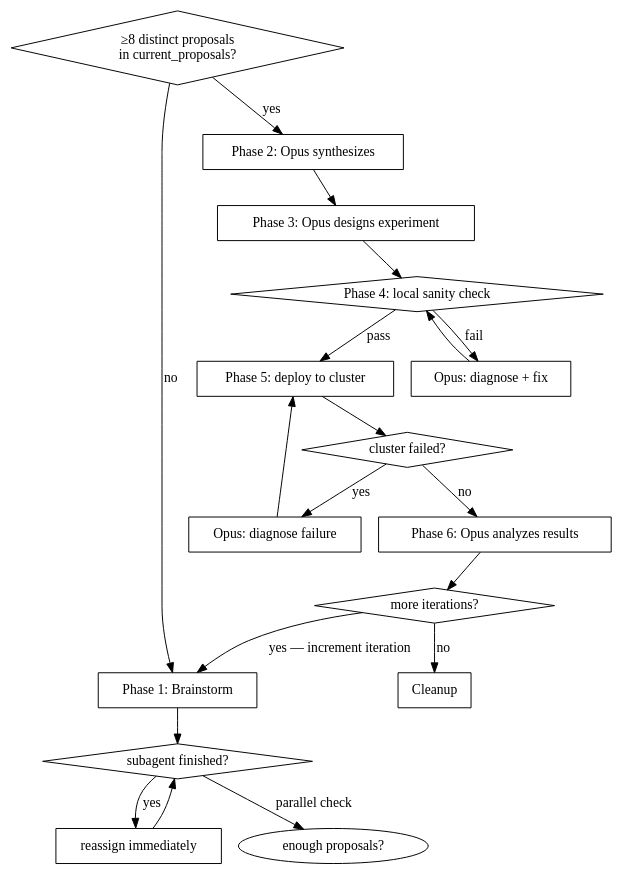
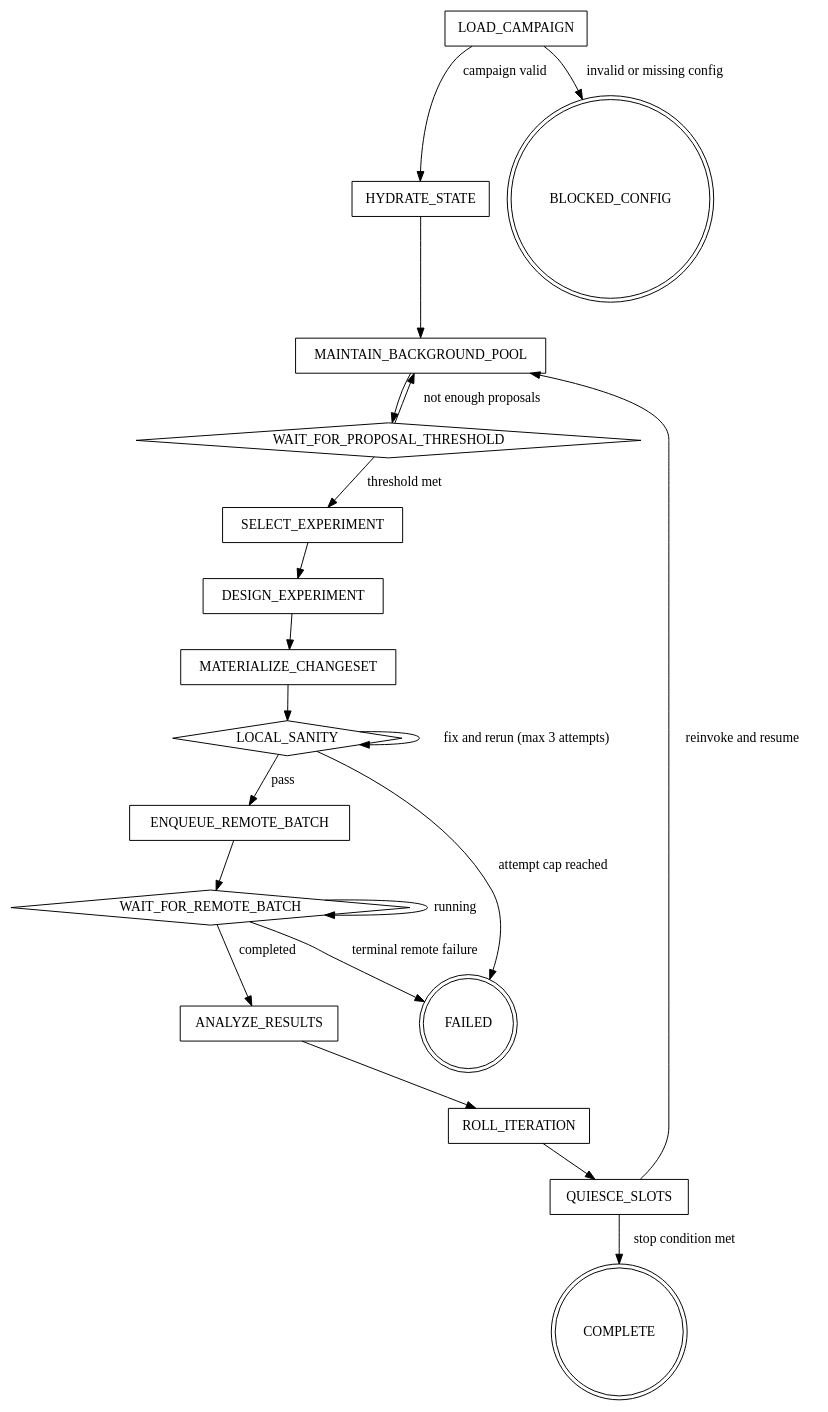
The diagram in SKILL.md (jc1122/ml-metaoptimization), drawn with Graphviz before and after one commit. The commit also changed other lines of this file and 19 other files, not shown here.

````diff
--- a/SKILL.md
+++ b/SKILL.md
@@ -65,37 +123,41 @@
 ```dot
-digraph loop {
-    "Phase 1: Brainstorm" [shape=box];
-    "subagent finished?" [shape=diamond];
-    "reassign immediately" [shape=box];
-    "≥8 distinct proposals\nin current_proposals?" [shape=diamond];
-    "Phase 2: Opus synthesizes" [shape=box];
-    "Phase 3: Opus designs experiment" [shape=box];
-    "Phase 4: local sanity check" [shape=diamond];
-    "Opus: diagnose + fix" [shape=box];
-    "Phase 5: deploy to cluster" [shape=box];
-    "cluster failed?" [shape=diamond];
-    "Opus: diagnose failure" [shape=box];
-    "Phase 6: Opus analyzes results" [shape=box];
-    "more iterations?" [shape=diamond];
-    "Cleanup" [shape=box];
+digraph machine {
+    "LOAD_CAMPAIGN" [shape=box];
+    "HYDRATE_STATE" [shape=box];
+    "MAINTAIN_BACKGROUND_POOL" [shape=box];
+    "WAIT_FOR_PROPOSAL_THRESHOLD" [shape=diamond];
+    "SELECT_EXPERIMENT" [shape=box];
+    "DESIGN_EXPERIMENT" [shape=box];
+    "MATERIALIZE_CHANGESET" [shape=box];
+    "LOCAL_SANITY" [shape=diamond];
+    "ENQUEUE_REMOTE_BATCH" [shape=box];
+    "WAIT_FOR_REMOTE_BATCH" [shape=diamond];
+    "ANALYZE_RESULTS" [shape=box];
+    "ROLL_ITERATION" [shape=box];
+    "QUIESCE_SLOTS" [shape=box];
+    "COMPLETE" [shape=doublecircle];
+    "BLOCKED_CONFIG" [shape=doublecircle];
+    "FAILED" [shape=doublecircle];
 
-    "Phase 1: Brainstorm" -> "subagent finished?";
-    "subagent finished?" -> "reassign immediately" [label="yes"];
-    "reassign immediately" -> "subagent finished?";
-    "subagent finished?" -> "enough proposals?" [label="parallel check"];
-    "≥8 distinct proposals\nin current_proposals?" -> "Phase 1: Brainstorm" [label="no"];
-    "≥8 distinct proposals\nin current_proposals?" -> "Phase 2: Opus synthesizes" [label="yes"];
-    "Phase 2: Opus synthesizes" -> "Phase 3: Opus designs experiment";
-    "Phase 3: Opus designs experiment" -> "Phase 4: local sanity check";
-    "Phase 4: local sanity check" -> "Opus: diagnose + fix" [label="fail"];
-    "Opus: diagnose + fix" -> "Phase 4: local sanity check";
-    "Phase 4: local sanity check" -> "Phase 5: deploy to cluster" [label="pass"];
-    "Phase 5: deploy to cluster" -> "cluster failed?";
-    "cluster failed?" -> "Opus: diagnose failure" [label="yes"];
-    "Opus: diagnose failure" -> "Phase 5: deploy to cluster";
-    "cluster failed?" -> "Phase 6: Opus analyzes results" [label="no"];
-    "Phase 6: Opus analyzes results" -> "more iterations?";
-    "more iterations?" -> "Phase 1: Brainstorm" [label="yes — increment iteration"];
-    "more iterations?" -> "Cleanup" [label="no"];
+    "LOAD_CAMPAIGN" -> "BLOCKED_CONFIG" [label="invalid or missing config"];
+    "LOAD_CAMPAIGN" -> "HYDRATE_STATE" [label="campaign valid"];
+    "HYDRATE_STATE" -> "MAINTAIN_BACKGROUND_POOL";
+    "MAINTAIN_BACKGROUND_POOL" -> "WAIT_FOR_PROPOSAL_THRESHOLD";
+    "WAIT_FOR_PROPOSAL_THRESHOLD" -> "MAINTAIN_BACKGROUND_POOL" [label="not enough proposals"];
+    "WAIT_FOR_PROPOSAL_THRESHOLD" -> "SELECT_EXPERIMENT" [label="threshold met"];
+    "SELECT_EXPERIMENT" -> "DESIGN_EXPERIMENT";
+    "DESIGN_EXPERIMENT" -> "MATERIALIZE_CHANGESET";
+    "MATERIALIZE_CHANGESET" -> "LOCAL_SANITY";
+    "LOCAL_SANITY" -> "LOCAL_SANITY" [label="fix and rerun (max 3 attempts)"];
+    "LOCAL_SANITY" -> "FAILED" [label="attempt cap reached"];
+    "LOCAL_SANITY" -> "ENQUEUE_REMOTE_BATCH" [label="pass"];
+    "ENQUEUE_REMOTE_BATCH" -> "WAIT_FOR_REMOTE_BATCH";
+    "WAIT_FOR_REMOTE_BATCH" -> "WAIT_FOR_REMOTE_BATCH" [label="running"];
+    "WAIT_FOR_REMOTE_BATCH" -> "ANALYZE_RESULTS" [label="completed"];
+    "WAIT_FOR_REMOTE_BATCH" -> "FAILED" [label="terminal remote failure"];
+    "ANALYZE_RESULTS" -> "ROLL_ITERATION";
+    "ROLL_ITERATION" -> "QUIESCE_SLOTS";
+    "QUIESCE_SLOTS" -> "COMPLETE" [label="stop condition met"];
+    "QUIESCE_SLOTS" -> "MAINTAIN_BACKGROUND_POOL" [label="reinvoke and resume"];
 }
 ```
````
